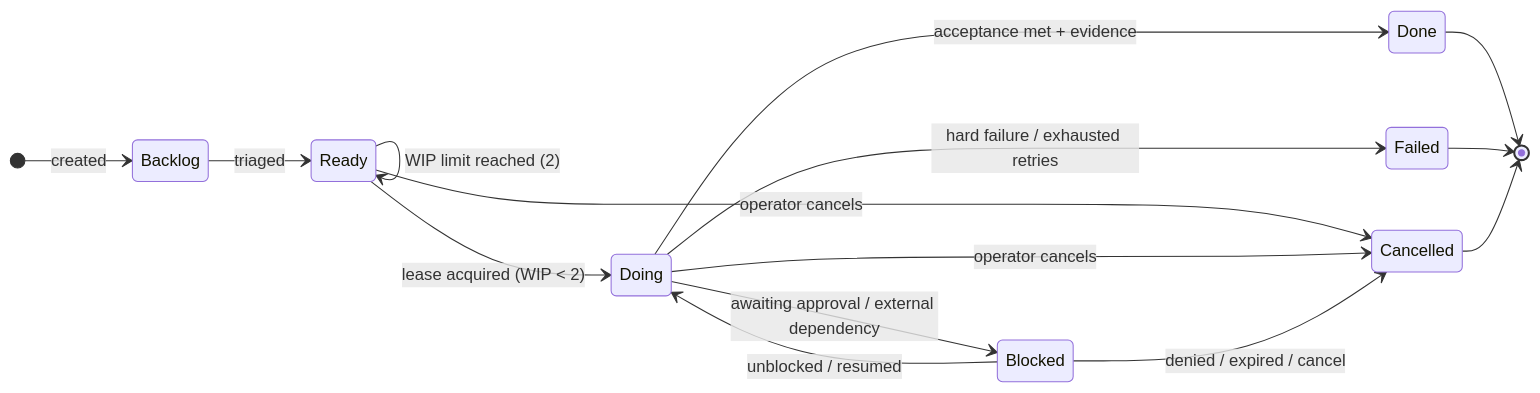
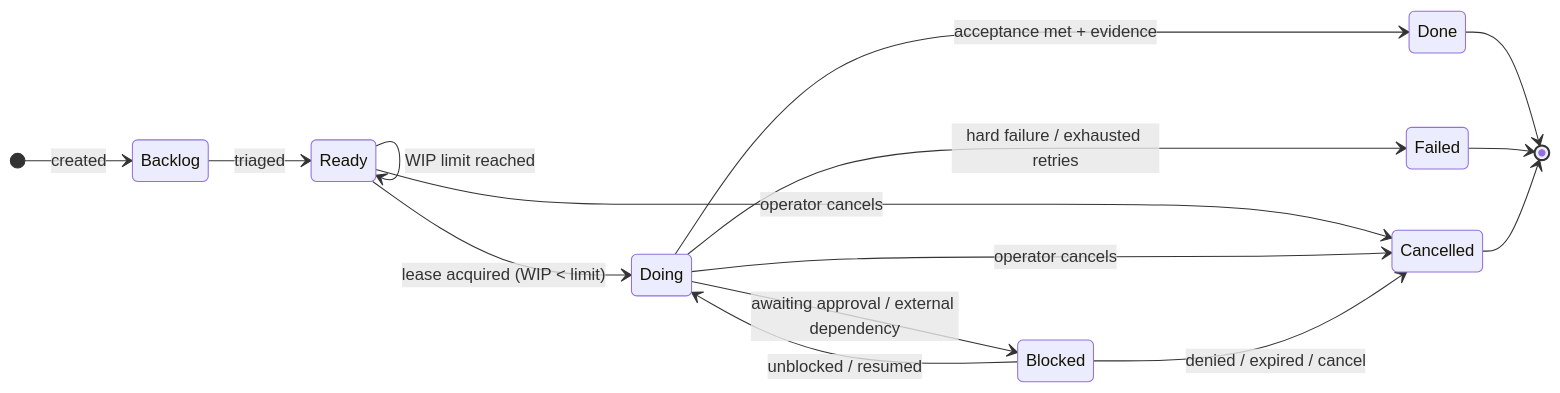
The third of 3 diagrams in docs/architecture/workboard.md (tyrumai/tyrum), drawn with Mermaid before and after one commit. The commit also changed other lines of this file and 46 other files, not shown here.

Commit message:
docs(architecture): make docs timeless

````diff
--- a/docs/architecture/workboard.md
+++ b/docs/architecture/workboard.md
@@ -308,23 +298,23 @@
 ```mermaid
 stateDiagram-v2
   direction LR
 
   [*] --> Backlog: created
   Backlog --> Ready: triaged
-  Ready --> Doing: lease acquired (WIP < 2)
-  Ready --> Ready: WIP limit reached (2)
+  Ready --> Doing: lease acquired (WIP < limit)
+  Ready --> Ready: WIP limit reached
   Ready --> Cancelled: operator cancels
 
   Doing --> Blocked: awaiting approval / external dependency
   Blocked --> Doing: unblocked / resumed
 
   Doing --> Done: acceptance met + evidence
   Doing --> Failed: hard failure / exhausted retries
   Doing --> Cancelled: operator cancels
 
   Blocked --> Cancelled: denied / expired / cancel
 
   Done --> [*]
   Failed --> [*]
   Cancelled --> [*]
 ```
````
